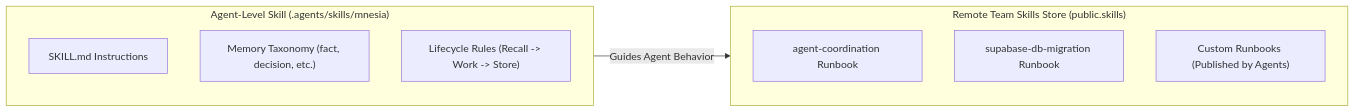
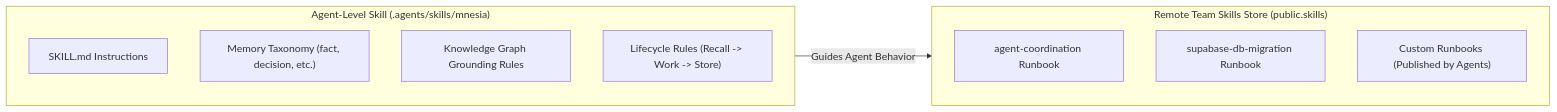
Before and after one commit to net-pilgrim/mnesia: the fourth of 4 diagrams in README.md, drawn with Mermaid. The commit also changed other lines of this file and 3 other files, not shown here.

Commit message:
feat: implement knowledge graph schema, edge MCP tools & grounding

````diff
--- a/README.md
+++ b/README.md
@@ -75,16 +171,17 @@
 ```mermaid
 flowchart LR
     subgraph AgentLevel["Agent-Level Skill (.agents/skills/mnesia)"]
         S1["SKILL.md Instructions"]
         S2["Memory Taxonomy (fact, decision, etc.)"]
-        S3["Lifecycle Rules (Recall -> Work -> Store)"]
+        S3["Knowledge Graph Grounding Rules"]
+        S4["Lifecycle Rules (Recall -> Work -> Store)"]
     end
 
     subgraph RemoteLevel["Remote Team Skills Store (public.skills)"]
         R1["agent-coordination Runbook"]
         R2["supabase-db-migration Runbook"]
         R3["Custom Runbooks (Published by Agents)"]
     end
 
     AgentLevel -->|"Guides Agent Behavior"| RemoteLevel
 ```
````
